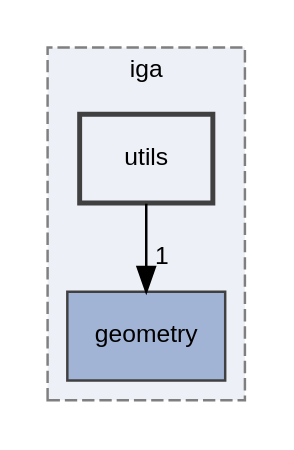
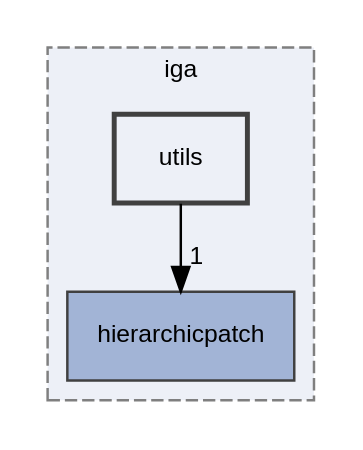
One commit to rath3t/dune-iga-doc changed the diagram in dir_054fedf05f142c88b967e78541d2ed3d_dep.dot. Above: the diagram before and after it, drawn with Graphviz. The commit also changed 1353 other files, not shown here.

```diff
--- a/dir_054fedf05f142c88b967e78541d2ed3d_dep.dot
+++ b/dir_054fedf05f142c88b967e78541d2ed3d_dep.dot
@@ -1,13 +1,13 @@
 digraph "utils"
 {
  // LATEX_PDF_SIZE
   edge [fontname="Helvetica",fontsize="10",labelfontname="Helvetica",labelfontsize="10"];
   node [fontname="Helvetica",fontsize="10",shape=record];
   compound=true
   subgraph clusterdir_d2a3c23294a1b1015b1b8e8721ddded8 {
     graph [ bgcolor="#edf0f7", pencolor="grey50", style="filled,dashed,", label="iga", fontname="Helvetica", fontsize="10", URL="dir_d2a3c23294a1b1015b1b8e8721ddded8.html"]
-  dir_b534248905b8119b36a62f0ff7e8fe43 [shape=box, label="geometry", style="filled,", fillcolor="#a2b4d6", color="grey25", URL="dir_b534248905b8119b36a62f0ff7e8fe43.html"];
+  dir_12fc9e68aad46ae2d80ba50ef1c96d76 [shape=box, label="hierarchicpatch", style="filled,", fillcolor="#a2b4d6", color="grey25", URL="dir_12fc9e68aad46ae2d80ba50ef1c96d76.html"];
   dir_054fedf05f142c88b967e78541d2ed3d [shape=box, label="utils", style="filled,bold,", fillcolor="#edf0f7", color="grey25", URL="dir_054fedf05f142c88b967e78541d2ed3d.html"];
   }
-  dir_054fedf05f142c88b967e78541d2ed3d->dir_b534248905b8119b36a62f0ff7e8fe43 [headlabel="1", labeldistance=1.5 headhref="dir_000010_000003.html"];
+  dir_054fedf05f142c88b967e78541d2ed3d->dir_12fc9e68aad46ae2d80ba50ef1c96d76 [headlabel="1", labeldistance=1.5 headhref="dir_000017_000005.html"];
 }
```
